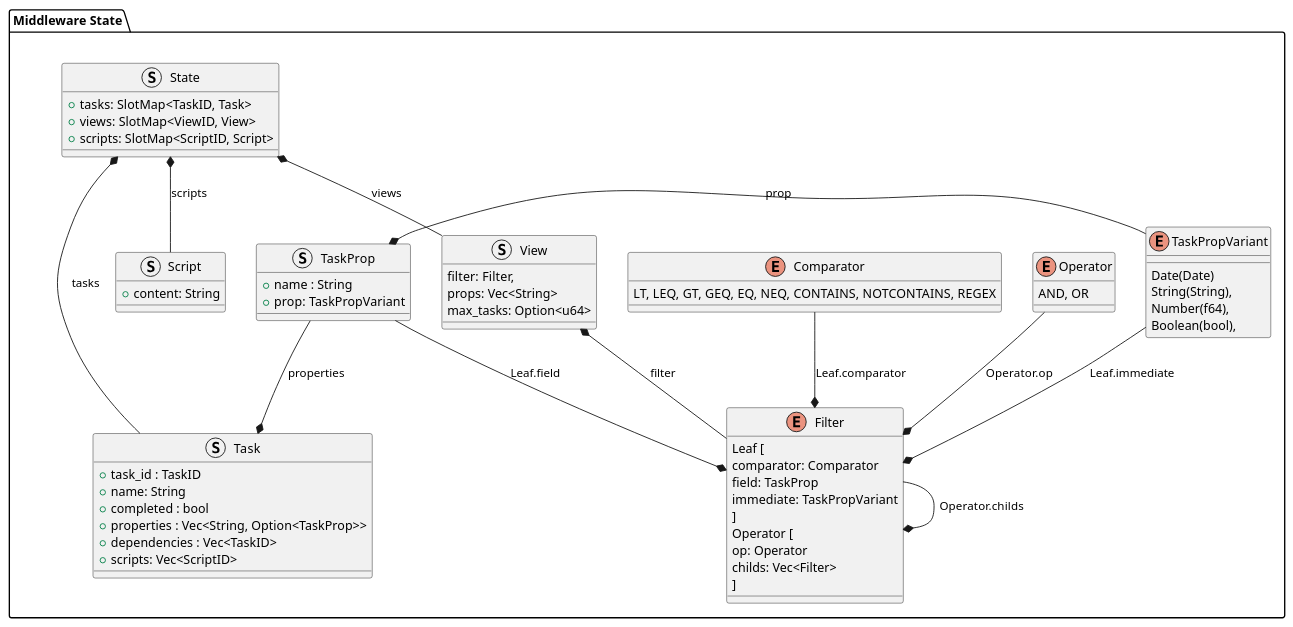
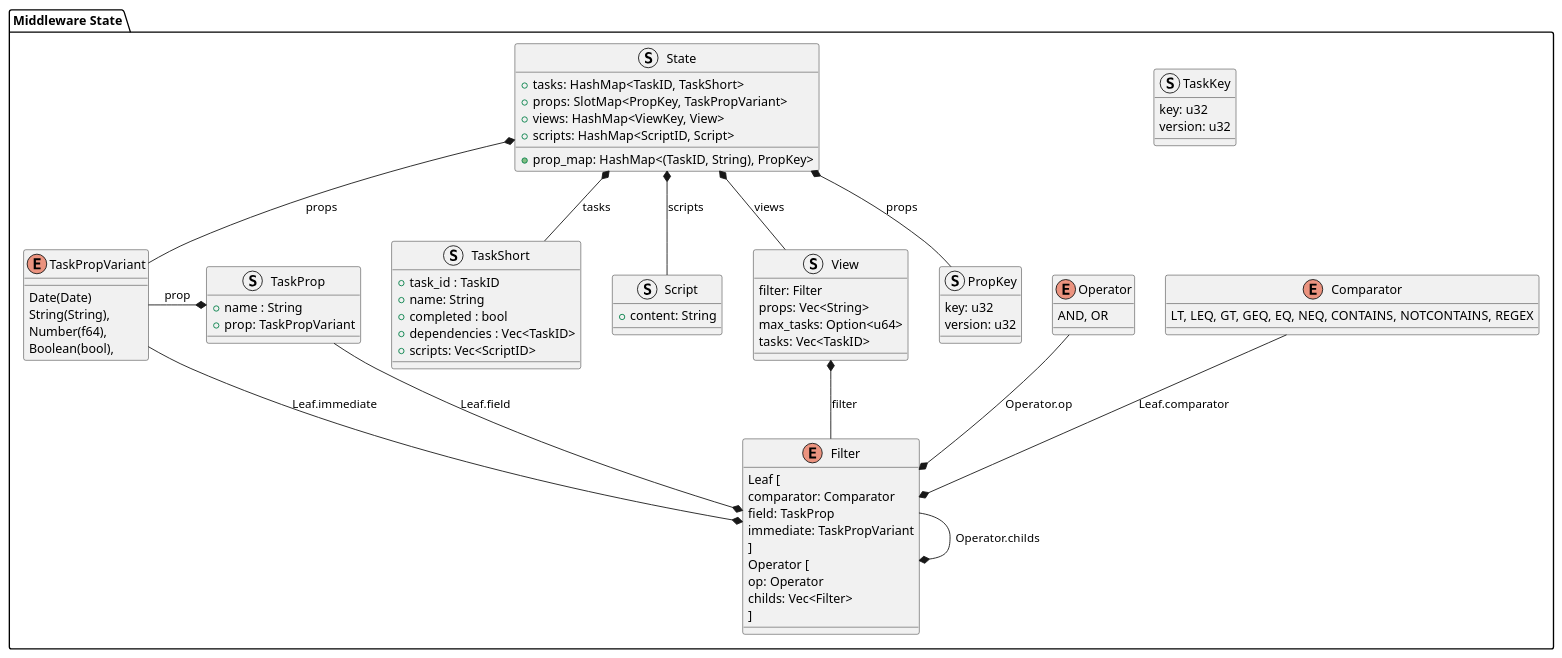
The third of 4 diagrams in design/middleware.puml (knoxy5467/a-better-notion), drawn with PlantUML before and after one commit. The commit also changed other lines of this file and 2 other files, not shown here.

Commit message:
middleware class and sequences updates that I forgot to push to main before it got locked lol

```diff
--- a/design/middleware.puml
+++ b/design/middleware.puml
@@ -64,68 +75,81 @@
 @startuml "middleware_state"
 package "Middleware State" {
 	enum "TaskPropVariant" {
 		Date(Date)
 		String(String),
 		Number(f64),
 		Boolean(bool),
 	}
 	struct "TaskProp" {
 		+ name : String
 		+ prop: TaskPropVariant
 	}
 	TaskPropVariant -* TaskProp : prop
-	struct "Task" {
+	struct "TaskShort" {
 		+ task_id : TaskID
 		+ name: String
 		+ completed : bool
-		+ properties : Vec<String, Option<TaskProp>>
 		+ dependencies : Vec<TaskID>
 		+ scripts: Vec<ScriptID>
 	}
-	TaskProp --* Task : properties
 
 	struct "Script" {
 		+ content: String
 	}
 
 	enum "Comparator" {
 		LT, LEQ, GT, GEQ, EQ, NEQ, CONTAINS, NOTCONTAINS, REGEX
 	}
 	enum "Operator" {
 		AND, OR
 	}
 	enum "Filter" {
 		Leaf [
 			comparator: Comparator
 			field: TaskProp
 			immediate: TaskPropVariant
 		]
 		Operator [
 			op: Operator
 			childs: Vec<Filter>
 		]
 	}
 	Comparator --* Filter : Leaf.comparator
 	Operator --* Filter : Operator.op
 	TaskProp --* Filter : Leaf.field
 	TaskPropVariant --* Filter : Leaf.immediate
 	Filter --* Filter : Operator.childs
 
 	struct "View" {
-		filter: Filter,
+		filter: Filter
 		props: Vec<String>
 		max_tasks: Option<u64>
+		tasks: Vec<TaskID>
 	}
 	View *-- Filter : filter
 
-	struct "State" as main_state {
-		+ tasks: SlotMap<TaskID, Task>
-		+ views: SlotMap<ViewID, View>
-		+ scripts: SlotMap<ScriptID, Script>
+	struct "PropKey" {
+		key: u32
+		version: u32
+	}
+	struct "TaskKey" {
+		key: u32
+		version: u32
 	}
 
-	main_state *-- Task : tasks
+	struct "State" as main_state {
+		+ tasks: HashMap<TaskID, TaskShort>
+		+ prop_map: HashMap<(TaskID, String), PropKey>
+		+ props: SlotMap<PropKey, TaskPropVariant>
+		+ views: HashMap<ViewKey, View>
+		+ scripts: HashMap<ScriptID, Script>
+	}
+
+	main_state *-- TaskShort : tasks
+	main_state *-- PropKey : props
+	main_state *-- TaskPropVariant : props
 	main_state *-- View : views
 	main_state *-- Script : scripts
+
 }
 @enduml
```
